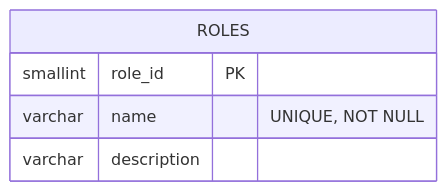
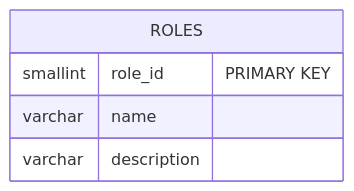
One commit to hainguyen81/ai-scraper changed the eighth of 11 diagrams in sources/storage/business-analysis/membership-hub/requirements.md. Above: the diagram before and after it, drawn with Mermaid. The commit also changed other lines of this file and 3 other files, not shown here.

````diff
--- a/sources/storage/business-analysis/membership-hub/requirements.md
+++ b/sources/storage/business-analysis/membership-hub/requirements.md
@@ -564,8 +368,8 @@
 ```mermaid
 erDiagram
     ROLES {
-        smallint role_id PK
-        varchar name "UNIQUE, NOT NULL"
+        smallint role_id "PRIMARY KEY"
+        varchar name
         varchar description
     }
 ```
````
